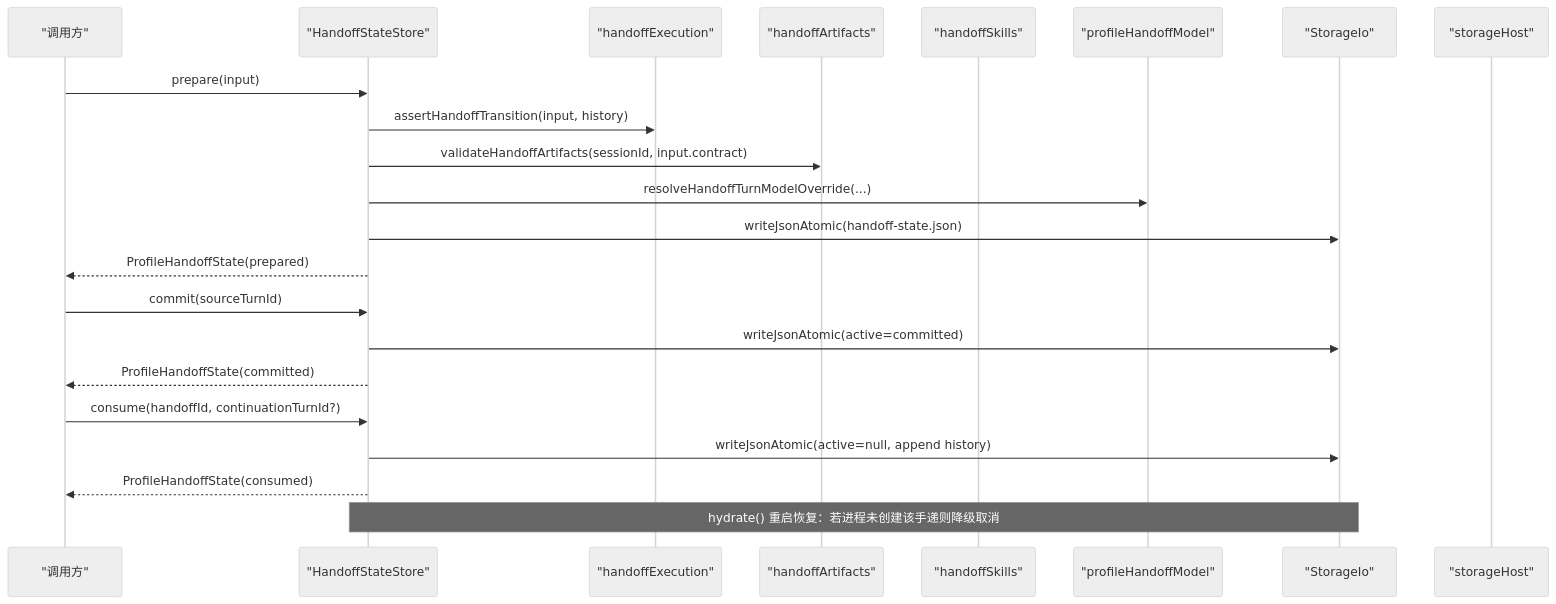
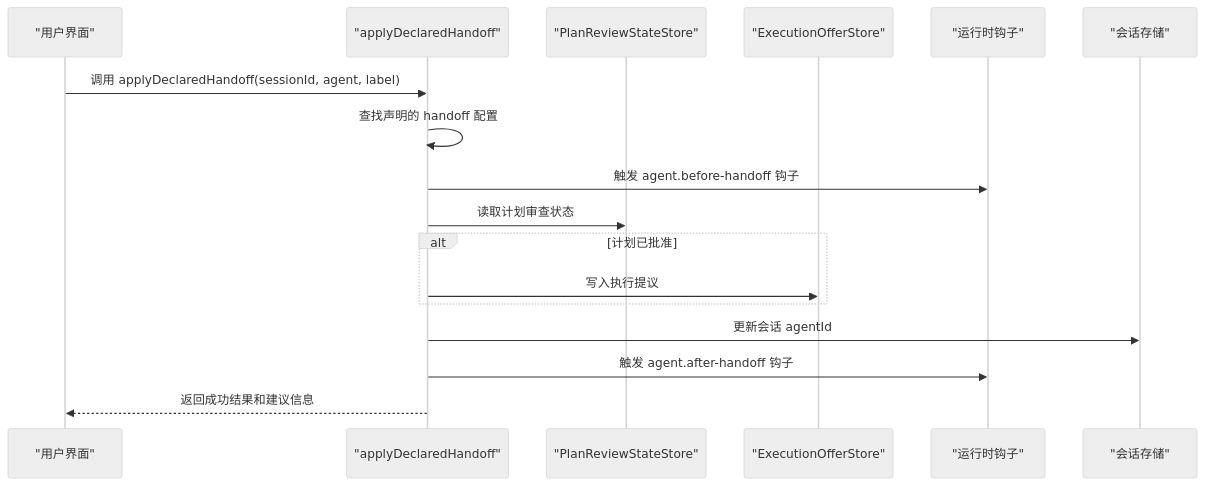
One commit to haolange/RDC-Agent changed the second of 5 diagrams in .qoder/repowiki/zh/content/核心模块/会话管理系统/状态转移管理.md. Above: the diagram before and after it, drawn with Mermaid (neutral theme). The commit also changed other lines of this file and 90 other files, not shown here.

````diff
--- a/.qoder/repowiki/zh/content/核心模块/会话管理系统/状态转移管理.md
+++ b/.qoder/repowiki/zh/content/核心模块/会话管理系统/状态转移管理.md
@@ -107,24 +100,19 @@
 ```mermaid
 sequenceDiagram
-participant Caller as "调用方"
-participant Store as "HandoffStateStore"
-participant Exec as "handoffExecution"
-participant Art as "handoffArtifacts"
-participant Skills as "handoffSkills"
-participant Model as "profileHandoffModel"
-participant IO as "StorageIo"
-participant Host as "storageHost"
-Caller->>Store : prepare(input)
-Store->>Exec : assertHandoffTransition(input, history)
-Store->>Art : validateHandoffArtifacts(sessionId, input.contract)
-Store->>Model : resolveHandoffTurnModelOverride(...)
-Store->>IO : writeJsonAtomic(handoff-state.json)
-Store-->>Caller : ProfileHandoffState(prepared)
-Caller->>Store : commit(sourceTurnId)
-Store->>IO : writeJsonAtomic(active=committed)
-Store-->>Caller : ProfileHandoffState(committed)
-Caller->>Store : consume(handoffId, continuationTurnId?)
-Store->>IO : writeJsonAtomic(active=null, append history)
-Store-->>Caller : ProfileHandoffState(consumed)
-Note over Store,IO : hydrate() 重启恢复：若进程未创建该手递则降级取消
+participant UI as "用户界面"
+participant App as "applyDeclaredHandoff"
+participant Review as "PlanReviewStateStore"
+participant Offer as "ExecutionOfferStore"
+participant Hooks as "运行时钩子"
+participant Session as "会话存储"
+UI->>App : 调用 applyDeclaredHandoff(sessionId, agent, label)
+App->>App : 查找声明的 handoff 配置
+App->>Hooks : 触发 agent.before-handoff 钩子
+App->>Review : 读取计划审查状态
+alt 计划已批准
+App->>Offer : 写入执行提议
+end
+App->>Session : 更新会话 agentId
+App->>Hooks : 触发 agent.after-handoff 钩子
+App-->>UI : 返回成功结果和建议信息
 ```
````
